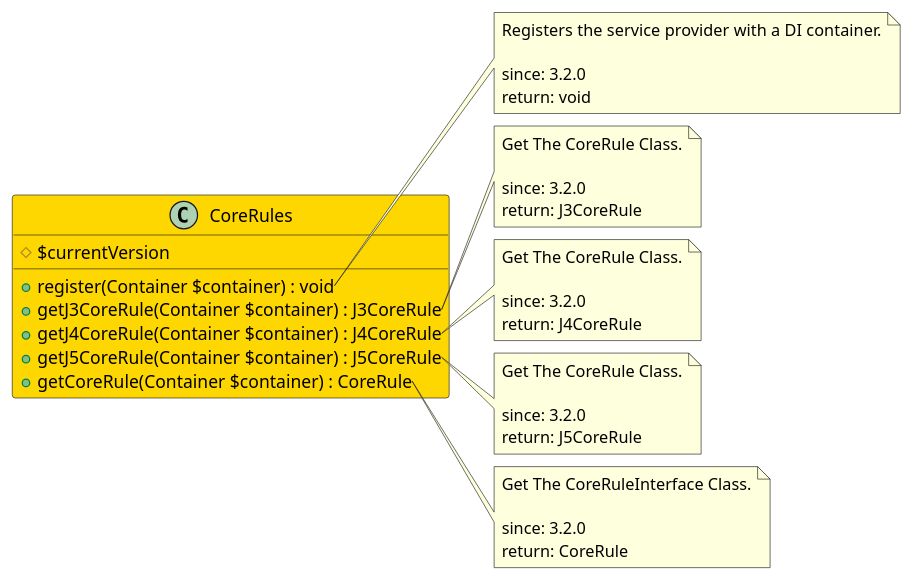
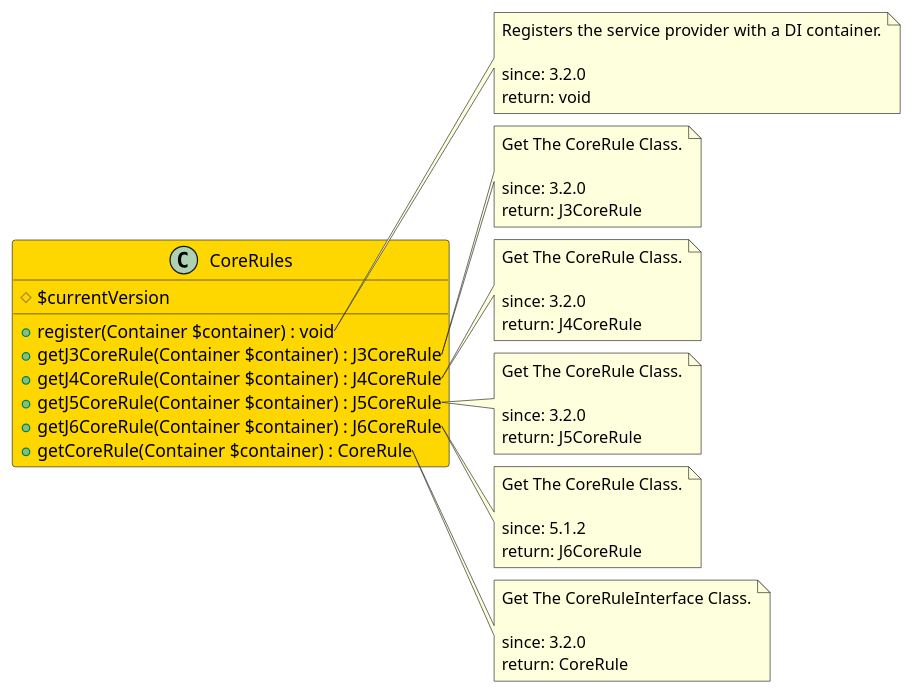
The diagram in src/f65b52c2-593a-4c35-89d1-4a8e57a1adf0/README.md (joomengine/jcb-compiler), drawn with PlantUML before and after one commit. The commit also changed 77 other files, not shown here.

````diff
--- a/src/f65b52c2-593a-4c35-89d1-4a8e57a1adf0/README.md
+++ b/src/f65b52c2-593a-4c35-89d1-4a8e57a1adf0/README.md
@@ -5,49 +5,57 @@
 ```uml
 @startuml
 
 class CoreRules  #Gold {
   # $currentVersion
   + register(Container $container) : void
   + getJ3CoreRule(Container $container) : J3CoreRule
   + getJ4CoreRule(Container $container) : J4CoreRule
   + getJ5CoreRule(Container $container) : J5CoreRule
+  + getJ6CoreRule(Container $container) : J6CoreRule
   + getCoreRule(Container $container) : CoreRule
 }
 
 note right of CoreRules::register
   Registers the service provider with a DI container.
 
   since: 3.2.0
   return: void
 end note
 
 note right of CoreRules::getJ3CoreRule
   Get The CoreRule Class.
 
   since: 3.2.0
   return: J3CoreRule
 end note
 
 note right of CoreRules::getJ4CoreRule
   Get The CoreRule Class.
 
   since: 3.2.0
   return: J4CoreRule
 end note
 
 note right of CoreRules::getJ5CoreRule
   Get The CoreRule Class.
 
   since: 3.2.0
   return: J5CoreRule
 end note
 
+note right of CoreRules::getJ6CoreRule
+  Get The CoreRule Class.
+
+  since: 5.1.2
+  return: J6CoreRule
+end note
+
 note right of CoreRules::getCoreRule
   Get The CoreRuleInterface Class.
 
   since: 3.2.0
   return: CoreRule
 end note
 
 @enduml
 ```
````
